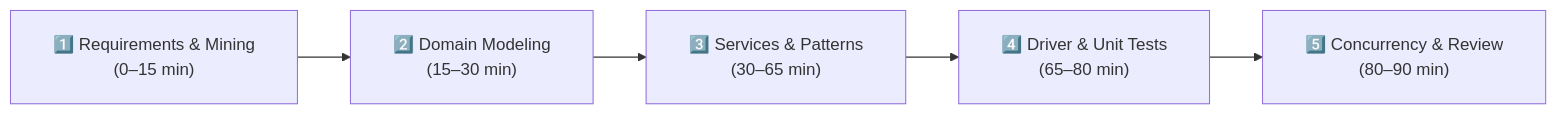
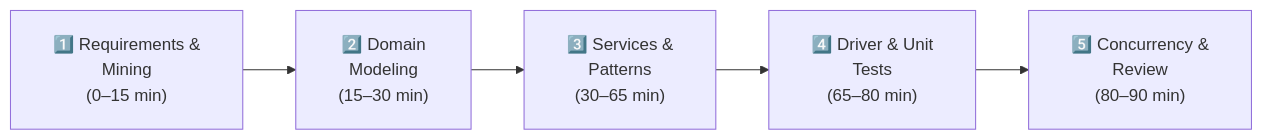
One commit to dip4k/DSA_102 changed the third of 4 diagrams in LLD/00_Core_Concepts/06_Interview_Execution_Framework.md. Above: the diagram before and after it, drawn with Mermaid. The commit also changed other lines of this file and 106 other files, not shown here.

First line of the commit message:
fix(mermaid): prevent text clipping with foreignObject overflow and tighter line wrapping

````diff
--- a/LLD/00_Core_Concepts/06_Interview_Execution_Framework.md
+++ b/LLD/00_Core_Concepts/06_Interview_Execution_Framework.md
@@ -74,8 +74,8 @@
 ```mermaid
-%%{init: {"flowchart": {"htmlLabels": true, "padding": 20}}}%%
+%%{init: {"flowchart": {"htmlLabels": true, "padding": 20}, "themeCSS": "foreignObject { overflow: visible !important; }"}}%%
 flowchart LR
-    M1["1️⃣ Requirements & Mining<br/>(0–15 min)"] --> M2["2️⃣ Domain Modeling<br/>(15–30 min)"]
-    M2 --> M3["3️⃣ Services & Patterns<br/>(30–65 min)"]
-    M3 --> M4["4️⃣ Driver & Unit Tests<br/>(65–80 min)"]
-    M4 --> M5["5️⃣ Concurrency & Review<br/>(80–90 min)"]
+    M1["1️⃣ Requirements &<br/>Mining<br/>(0–15 min)"] --> M2["2️⃣ Domain<br/>Modeling<br/>(15–30 min)"]
+    M2 --> M3["3️⃣ Services &<br/>Patterns<br/>(30–65 min)"]
+    M3 --> M4["4️⃣ Driver & Unit<br/>Tests<br/>(65–80 min)"]
+    M4 --> M5["5️⃣ Concurrency &<br/>Review<br/>(80–90 min)"]
 ```
````
